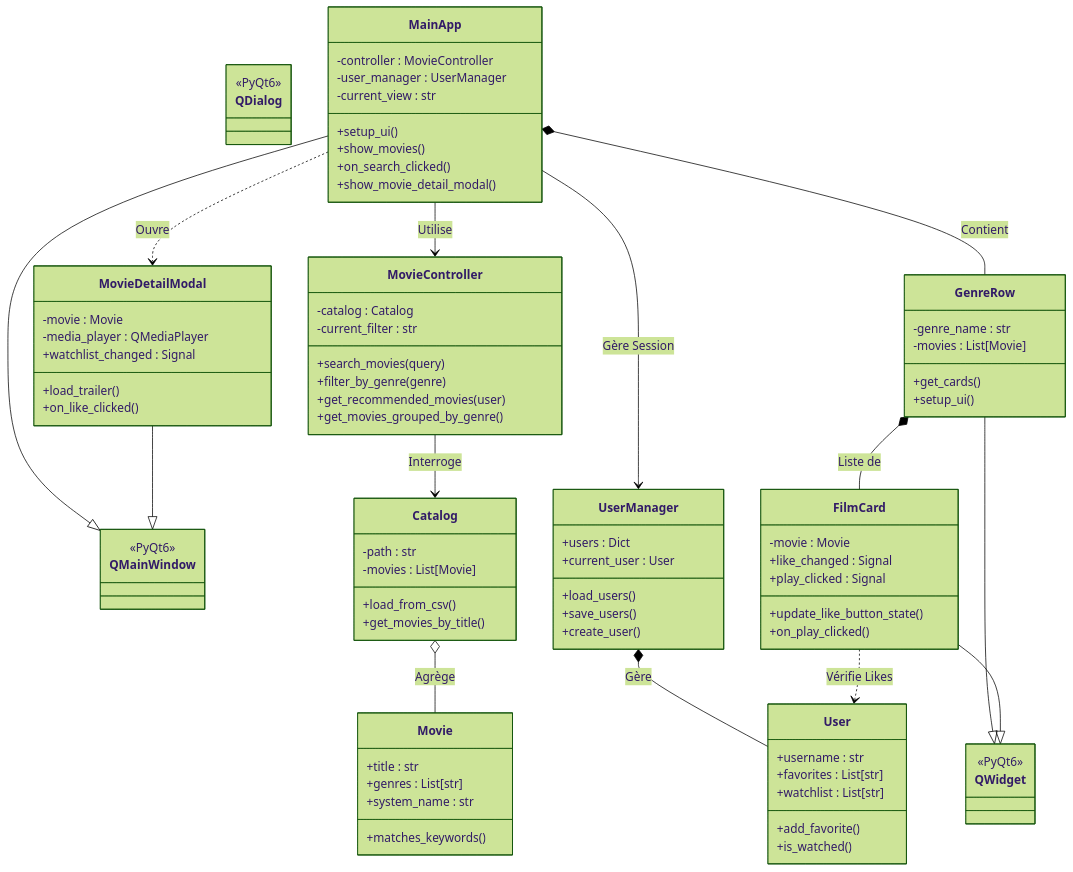
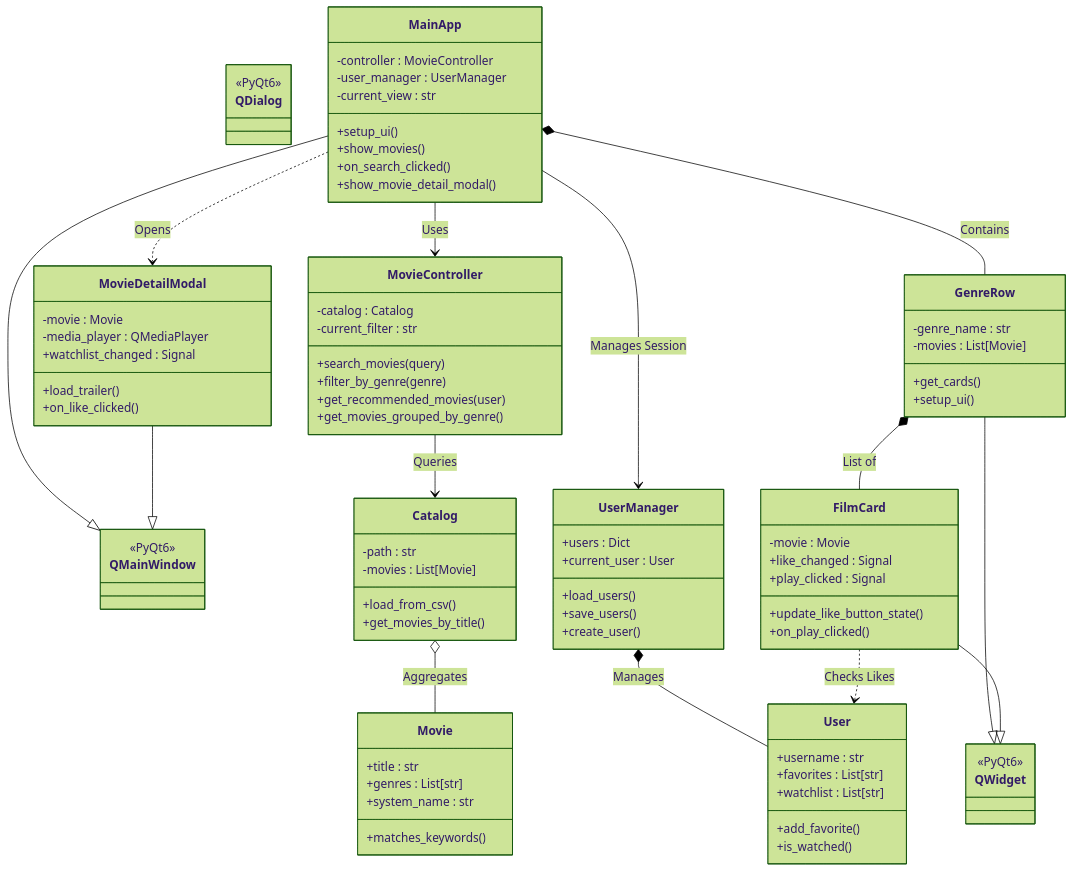
Before and after one commit to Valeyrian/SeoulTech_Python_Finnal-Project: the first of 4 diagrams in README.md, drawn with Mermaid (forest theme). The commit also changed other lines of this file, not shown here.

````diff
--- a/README.md
+++ b/README.md
@@ -75,6 +75,6 @@
 ```mermaid
 classDiagram
-    %% Classes PyQt & UI
+    %% PyQt & UI Classes
     class QMainWindow { <<PyQt6>> }
     class QWidget { <<PyQt6>> }
     class QDialog { <<PyQt6>> }
@@ -107,7 +107,7 @@
         +load_trailer()
         +on_like_clicked()
     }
-    %% Logique Métier (MVC)
+    %% Business Logic (MVC)
     class MovieController {
         -catalog : Catalog
         -current_filter : str
@@ -144,21 +144,21 @@
     }
     %% Relations
     MainApp --|> QMainWindow
-    MainApp --> MovieController : Utilise
-    MainApp --> UserManager : Gère Session
-    MainApp ..> MovieDetailModal : Ouvre
+    MainApp --> MovieController : Uses
+    MainApp --> UserManager : Manages Session
+    MainApp ..> MovieDetailModal : Opens
     
     GenreRow --|> QWidget
-    MainApp *-- GenreRow : Contient
+    MainApp *-- GenreRow : Contains
     
     FilmCard --|> QWidget
-    GenreRow *-- FilmCard : Liste de
+    GenreRow *-- FilmCard : List of
     
     MovieDetailModal --|> QMainWindow
     
-    MovieController --> Catalog : Interroge
-    Catalog o-- Movie : Agrège
+    MovieController --> Catalog : Queries
+    Catalog o-- Movie : Aggregates
     
-    UserManager *-- User : Gère
-    FilmCard ..> User : Vérifie Likes
+    UserManager *-- User : Manages
+    FilmCard ..> User : Checks Likes
 ```
````
